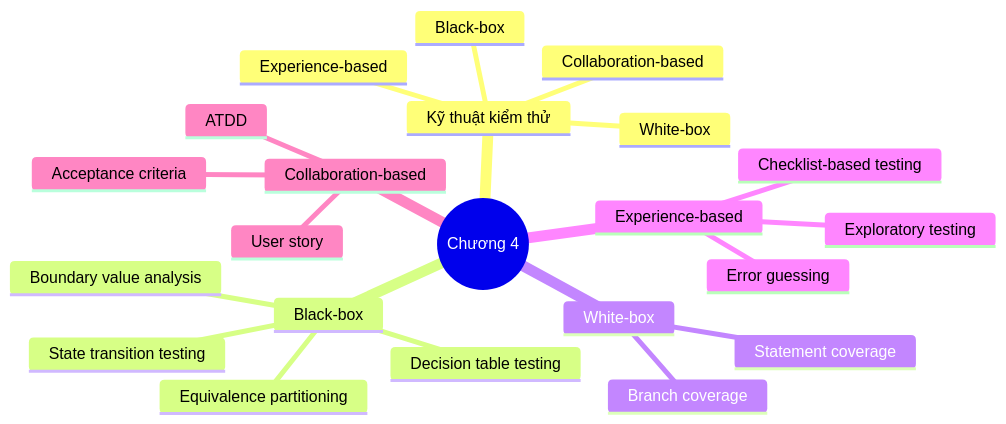
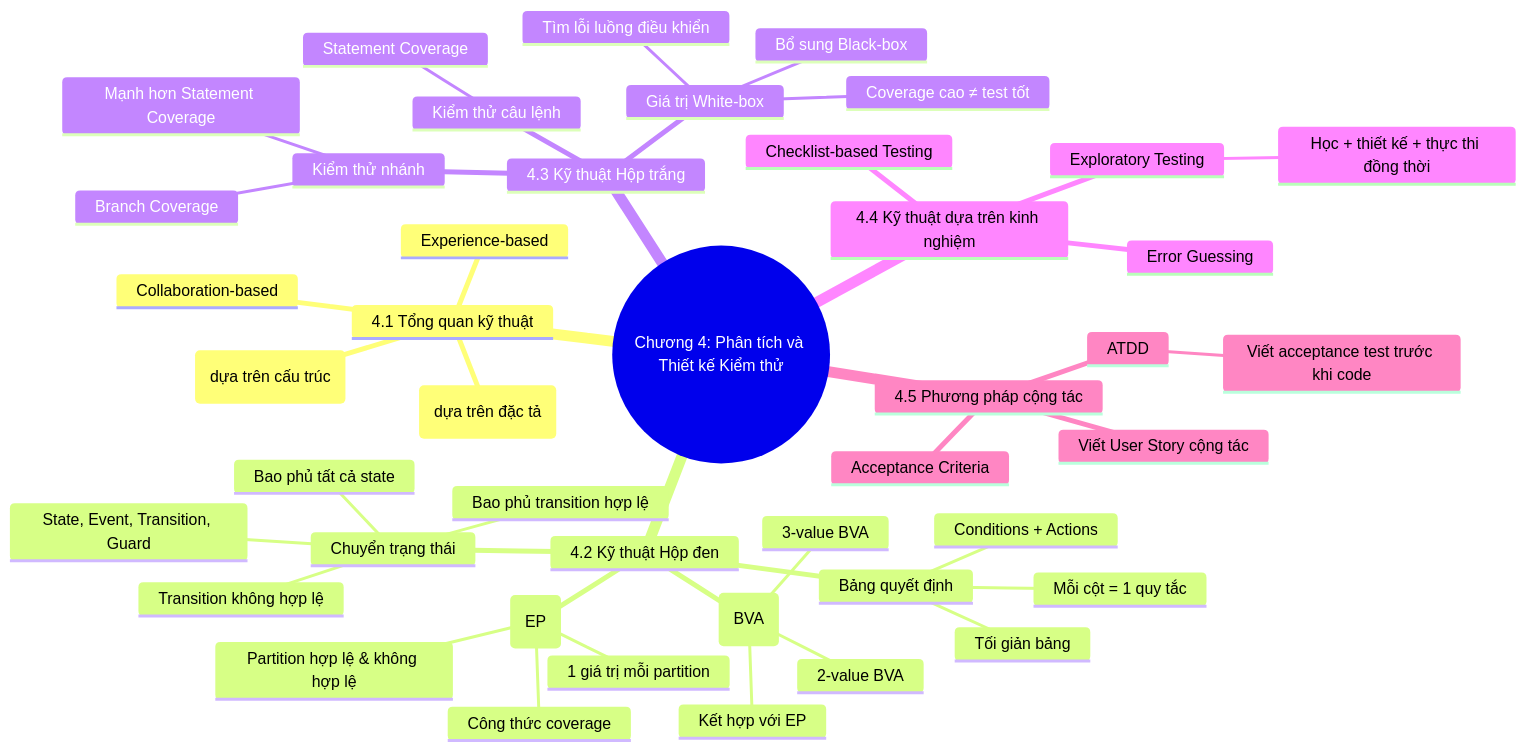
The diagram in doc/chapter4/mind_map_chapter4_vi.md (BaoNV1/ISTQB-app), drawn with Mermaid before and after one commit. The commit also changed 1 other file, not shown here.

Commit message:
update mind map chapter4

````diff
--- a/doc/chapter4/mind_map_chapter4_vi.md
+++ b/doc/chapter4/mind_map_chapter4_vi.md
@@ -5,25 +5,47 @@
 ```mermaid
 mindmap
-  root((Chương 4))
-    Kỹ thuật kiểm thử
-      Black-box
-      White-box
+  root((Chương 4: Phân tích và Thiết kế Kiểm thử))
+    4.1 Tổng quan kỹ thuật
+      Black-box (dựa trên đặc tả)
+      White-box (dựa trên cấu trúc)
       Experience-based
       Collaboration-based
-    Black-box
-      Equivalence partitioning
-      Boundary value analysis
-      Decision table testing
-      State transition testing
-    White-box
-      Statement coverage
-      Branch coverage
-    Experience-based
-      Error guessing
-      Exploratory testing
-      Checklist-based testing
-    Collaboration-based
-      User story
-      Acceptance criteria
+    4.2 Kỹ thuật Hộp đen
+      Phân vùng tương đương (EP)
+        Partition hợp lệ & không hợp lệ
+        1 giá trị mỗi partition
+        Công thức coverage
+      Phân tích giá trị biên (BVA)
+        2-value BVA
+        3-value BVA
+        Kết hợp với EP
+      Bảng quyết định
+        Conditions + Actions
+        Mỗi cột = 1 quy tắc
+        Tối giản bảng
+      Chuyển trạng thái
+        State, Event, Transition, Guard
+        Bao phủ tất cả state
+        Bao phủ transition hợp lệ
+        Transition không hợp lệ
+    4.3 Kỹ thuật Hộp trắng
+      Kiểm thử câu lệnh
+        Statement Coverage
+      Kiểm thử nhánh
+        Branch Coverage
+        Mạnh hơn Statement Coverage
+      Giá trị White-box
+        Tìm lỗi luồng điều khiển
+        Bổ sung Black-box
+        Coverage cao ≠ test tốt
+    4.4 Kỹ thuật dựa trên kinh nghiệm
+      Error Guessing
+      Exploratory Testing
+        Học + thiết kế + thực thi đồng thời
+      Checklist-based Testing
+    4.5 Phương pháp cộng tác
+      Viết User Story cộng tác
+      Acceptance Criteria
       ATDD
+        Viết acceptance test trước khi code
 ```
````
